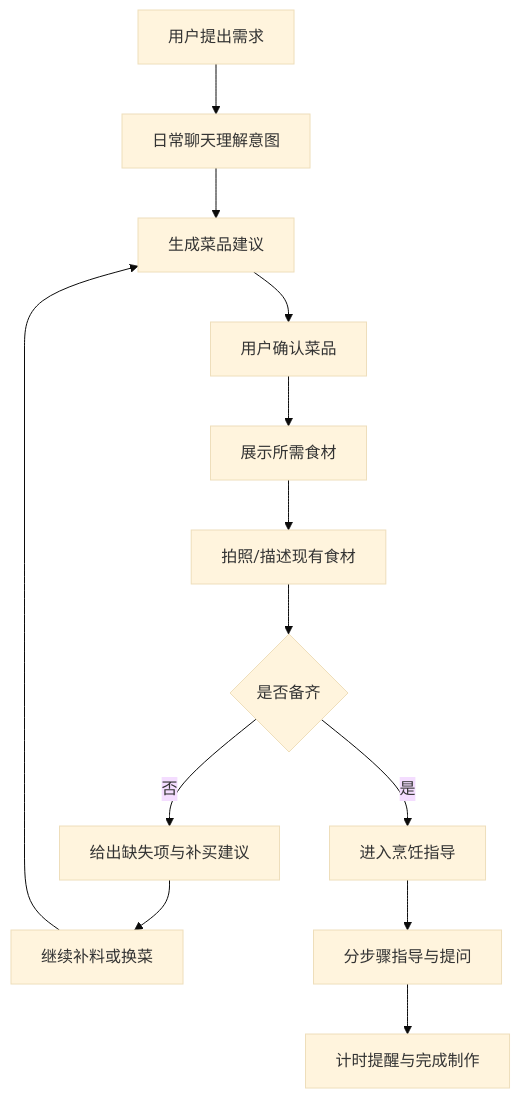
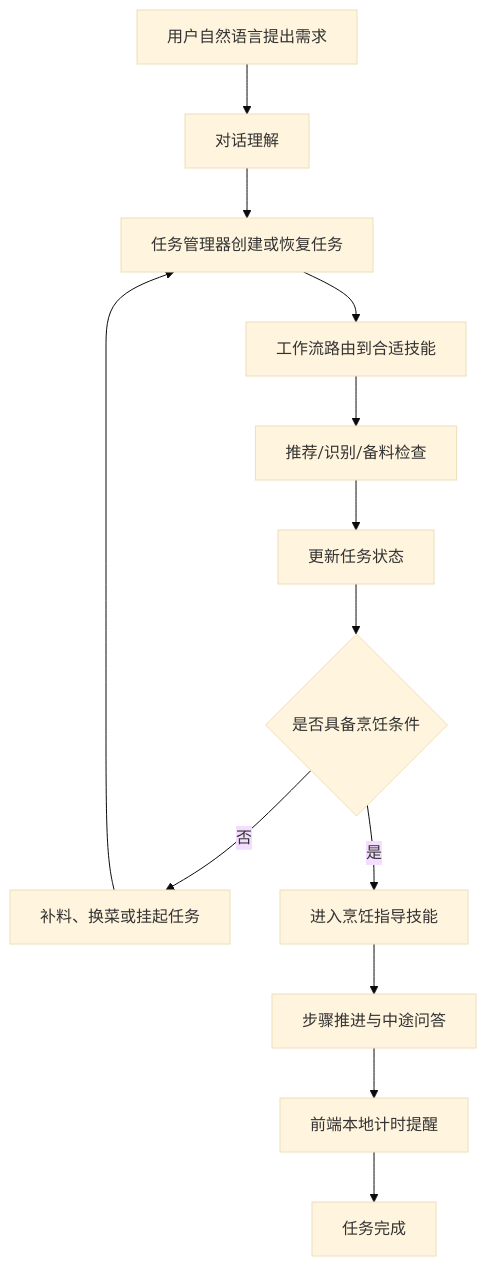
Before and after one commit to LangYiSheng/ChefMate: the first of 4 diagrams in docs/overview_design_report.md, drawn with Mermaid (base theme). The commit also changed other lines of this file and 49 other files, not shown here.

````diff
--- a/docs/overview_design_report.md
+++ b/docs/overview_design_report.md
@@ -29,15 +34,15 @@
 ```mermaid
 flowchart TD
-    A["用户提出需求"] --> B["日常聊天理解意图"]
-    B --> C["生成菜品建议"]
-    C --> D["用户确认菜品"]
-    D --> E["展示所需食材"]
-    E --> F["拍照/描述现有食材"]
-    F --> G{"是否备齐"}
-    G -- "否" --> H["给出缺失项与补买建议"]
-    H --> I["继续补料或换菜"]
-    I --> C
-    G -- "是" --> J["进入烹饪指导"]
-    J --> K["分步骤指导与提问"]
-    K --> L["计时提醒与完成制作"]
+    A["用户自然语言提出需求"] --> B["对话理解"]
+    B --> C["任务管理器创建或恢复任务"]
+    C --> D["工作流路由到合适技能"]
+    D --> E["推荐/识别/备料检查"]
+    E --> F["更新任务状态"]
+    F --> G{"是否具备烹饪条件"}
+    G -- "否" --> H["补料、换菜或挂起任务"]
+    H --> C
+    G -- "是" --> I["进入烹饪指导技能"]
+    I --> J["步骤推进与中途问答"]
+    J --> K["前端本地计时提醒"]
+    K --> L["任务完成"]
 ```
````
